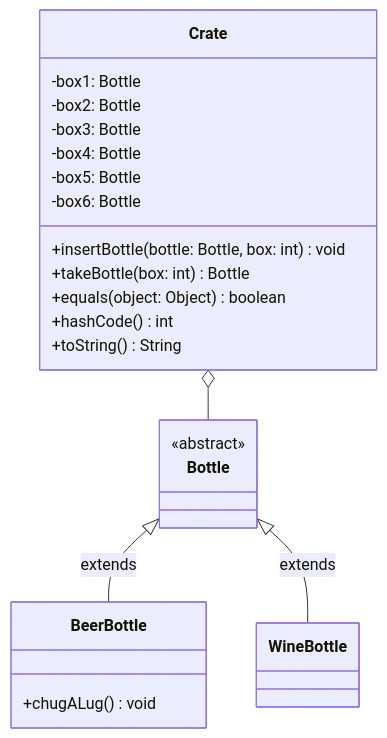
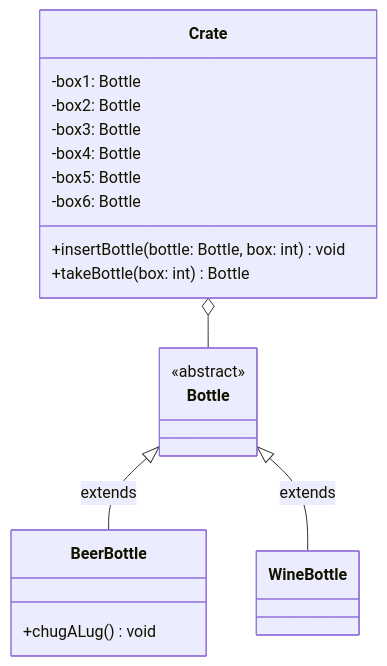
Before and after one commit to jappuccini/java-docs: the diagram in docs/exercises/generics/generics01.mdx, drawn with Mermaid. The commit also changed 3 other files, not shown here.

````diff
--- a/docs/exercises/generics/generics01.mdx
+++ b/docs/exercises/generics/generics01.mdx
@@ -15,32 +15,29 @@
 ```mermaid
 classDiagram
     Bottle <|-- BeerBottle : extends
     Bottle <|-- WineBottle : extends
     Crate o-- Bottle
 
     class Crate {
         -box1: Bottle
         -box2: Bottle
         -box3: Bottle
         -box4: Bottle
         -box5: Bottle
         -box6: Bottle
         +insertBottle(bottle: Bottle, box: int) void
         +takeBottle(box: int) Bottle
-        +equals(object: Object) boolean
-        +hashCode() int
-        +toString() String
     }
 
     class Bottle {
         <<abstract>>
     }
 
     class BeerBottle {
         +chugALug() void
     }
 
     class WineBottle {
 
     }
 ```
````
